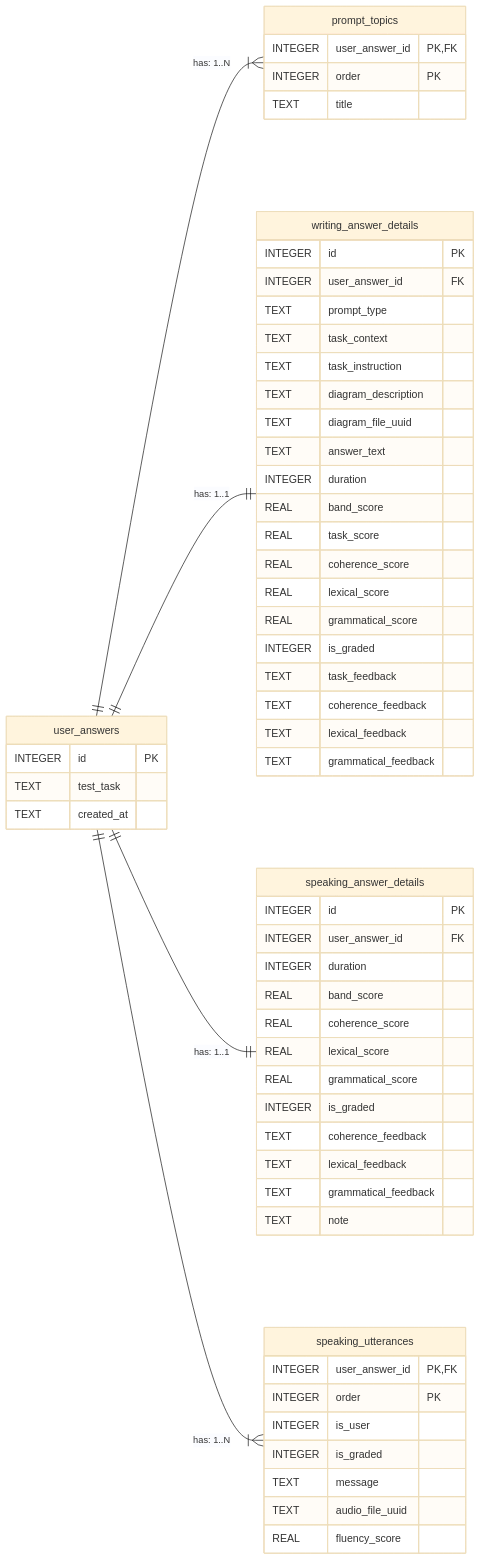
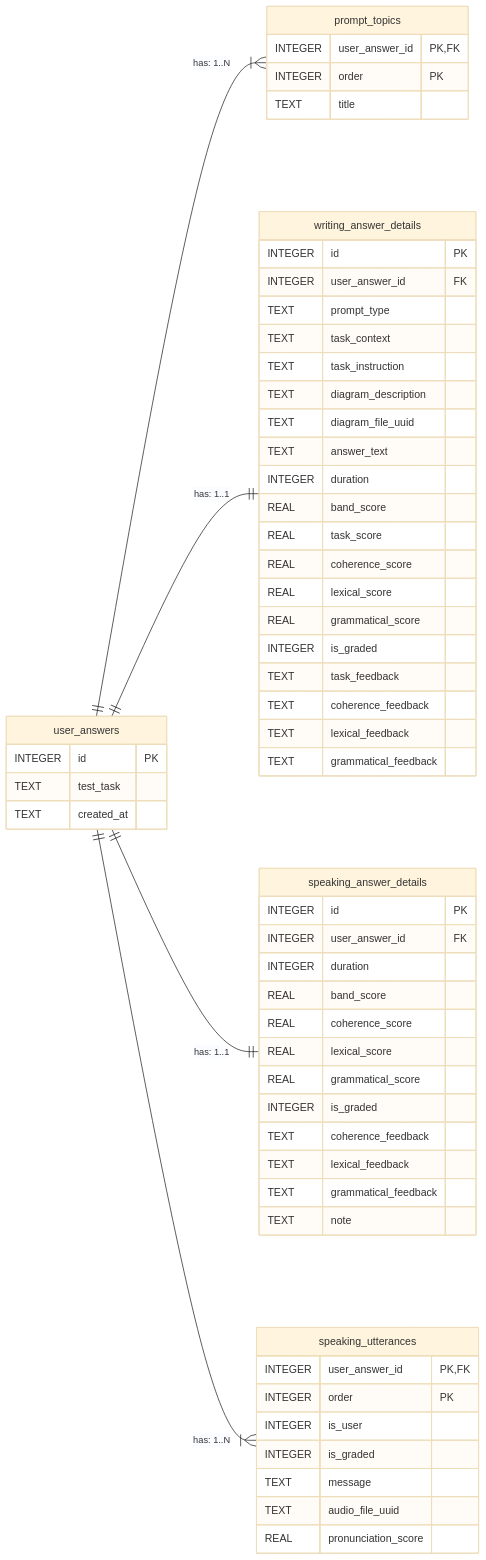
Before and after one commit to hirokd0627/ielts_ai_trainer: the diagram in application/docs/er-diagram.md, drawn with Mermaid (base theme). The commit also changed 13 other files, not shown here.

Commit message:
Rename fluency to pronunciation

````diff
--- a/application/docs/er-diagram.md
+++ b/application/docs/er-diagram.md
@@ -3,67 +3,67 @@
 ```mermaid
 erDiagram
     direction LR
     user_answers ||--|{ prompt_topics : "has: 1..N"
     user_answers ||--|| writing_answer_details : "has: 1..1"
     user_answers ||--|| speaking_answer_details : "has: 1..1"
     user_answers ||--|{ speaking_utterances : "has: 1..N"
 
     user_answers {
         INTEGER id PK
         TEXT test_task
         TEXT created_at
     }
 
     prompt_topics {
         INTEGER user_answer_id PK,FK
         INTEGER order PK
         TEXT title 
     }
 
     writing_answer_details {
         INTEGER id PK
         INTEGER user_answer_id FK
         TEXT prompt_type
         TEXT task_context
         TEXT task_instruction
         TEXT diagram_description
         TEXT diagram_file_uuid
         TEXT answer_text
         INTEGER duration
         REAL band_score
         REAL task_score
         REAL coherence_score
         REAL lexical_score
         REAL grammatical_score
         INTEGER is_graded
         TEXT task_feedback
         TEXT coherence_feedback
         TEXT lexical_feedback
         TEXT grammatical_feedback
     }
 
     speaking_answer_details {
         INTEGER id PK
         INTEGER user_answer_id FK
         INTEGER duration
         REAL band_score
         REAL coherence_score
         REAL lexical_score
         REAL grammatical_score
         INTEGER is_graded
         TEXT coherence_feedback
         TEXT lexical_feedback
         TEXT grammatical_feedback 
         TEXT note
     }
 
     speaking_utterances {
         INTEGER user_answer_id PK,FK
         INTEGER order PK
         INTEGER is_user
         INTEGER is_graded
         TEXT message
         TEXT audio_file_uuid
-        REAL fluency_score
+        REAL pronunciation_score
     }
 ```
````
